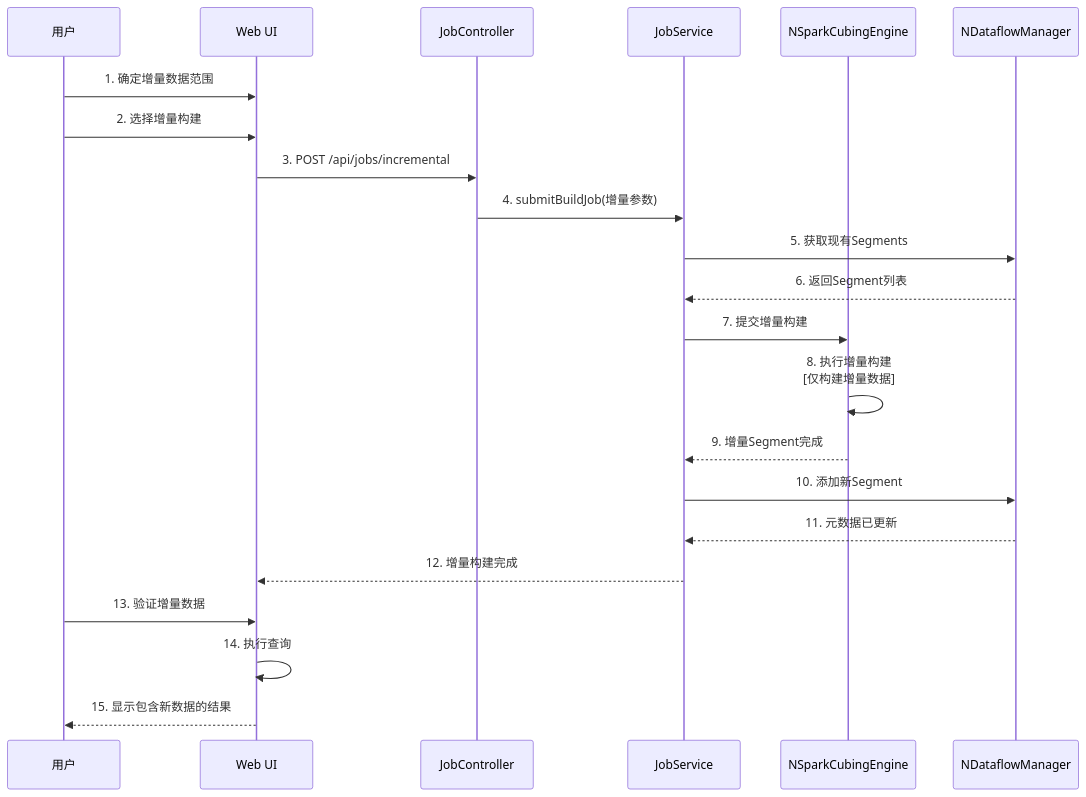
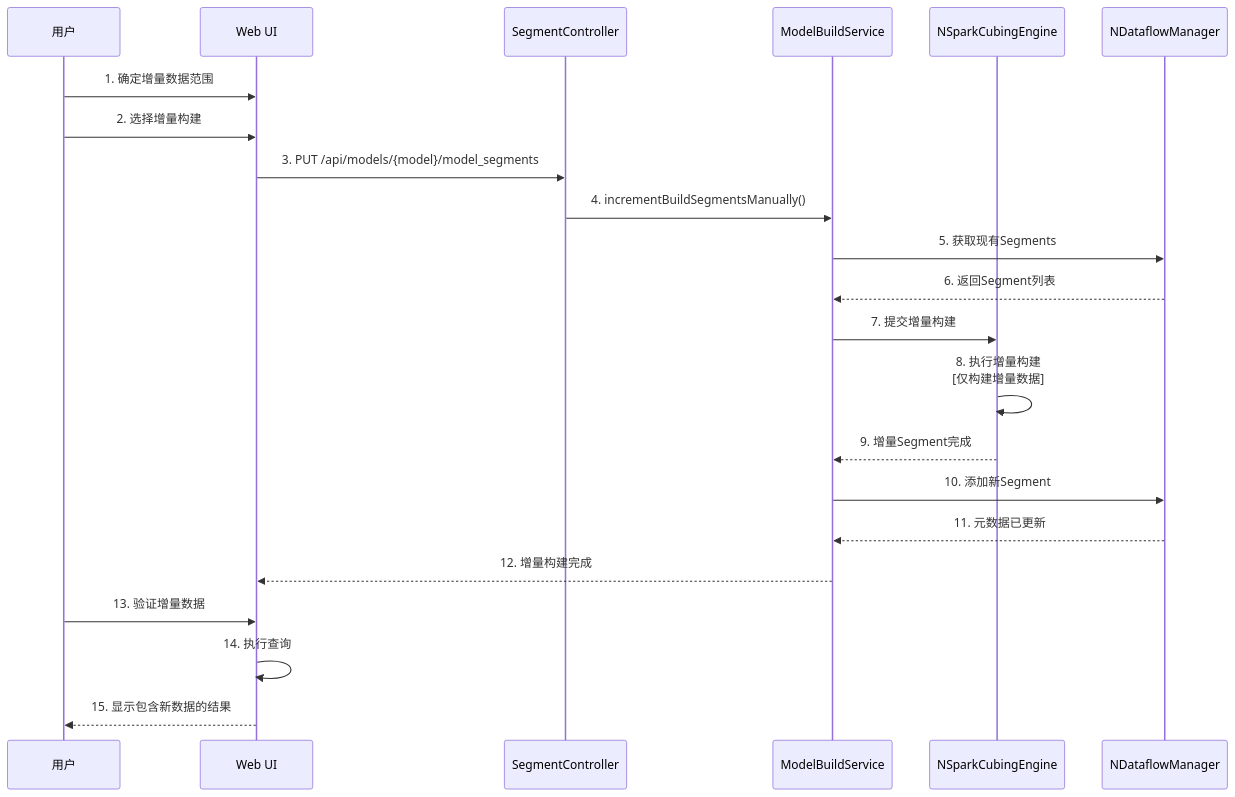
The tenth of 13 diagrams in doc/user-workflow.md (insomniacdoll/kylin), drawn with Mermaid before and after one commit. The commit also changed other lines of this file and 1 other file, not shown here.

Commit message:
add architecture.md and user-workflow.md

````diff
--- a/doc/user-workflow.md
+++ b/doc/user-workflow.md
@@ -262,26 +262,26 @@
 ```mermaid
 sequenceDiagram
     participant User as 用户
     participant UI as Web UI
-    participant JobCtrl as JobController
-    participant JobSvc as JobService
+    participant SegCtrl as SegmentController
+    participant ModelBuildSvc as ModelBuildService
     participant Engine as NSparkCubingEngine
     participant DataflowMgr as NDataflowManager
 
     User->>UI: 1. 确定增量数据范围
     User->>UI: 2. 选择增量构建
-    UI->>JobCtrl: 3. POST /api/jobs/incremental
-    JobCtrl->>JobSvc: 4. submitBuildJob(增量参数)
-    JobSvc->>DataflowMgr: 5. 获取现有Segments
-    DataflowMgr-->>JobSvc: 6. 返回Segment列表
-    JobSvc->>Engine: 7. 提交增量构建
+    UI->>SegCtrl: 3. PUT /api/models/{model}/model_segments
+    SegCtrl->>ModelBuildSvc: 4. incrementBuildSegmentsManually()
+    ModelBuildSvc->>DataflowMgr: 5. 获取现有Segments
+    DataflowMgr-->>ModelBuildSvc: 6. 返回Segment列表
+    ModelBuildSvc->>Engine: 7. 提交增量构建
     Engine->>Engine: 8. 执行增量构建<br/>[仅构建增量数据]
-    Engine-->>JobSvc: 9. 增量Segment完成
-    JobSvc->>DataflowMgr: 10. 添加新Segment
-    DataflowMgr-->>JobSvc: 11. 元数据已更新
-    JobSvc-->>UI: 12. 增量构建完成
+    Engine-->>ModelBuildSvc: 9. 增量Segment完成
+    ModelBuildSvc->>DataflowMgr: 10. 添加新Segment
+    DataflowMgr-->>ModelBuildSvc: 11. 元数据已更新
+    ModelBuildSvc-->>UI: 12. 增量构建完成
 
     User->>UI: 13. 验证增量数据
     UI->>UI: 14. 执行查询
     UI-->>User: 15. 显示包含新数据的结果
 ```
````
